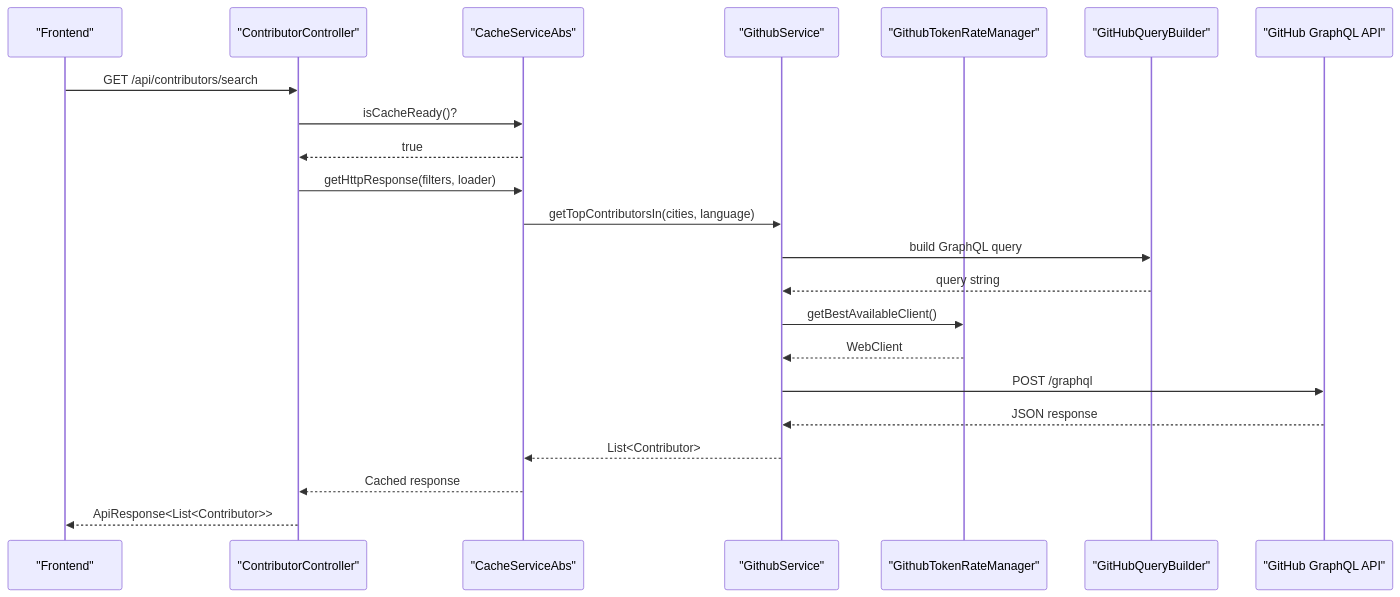
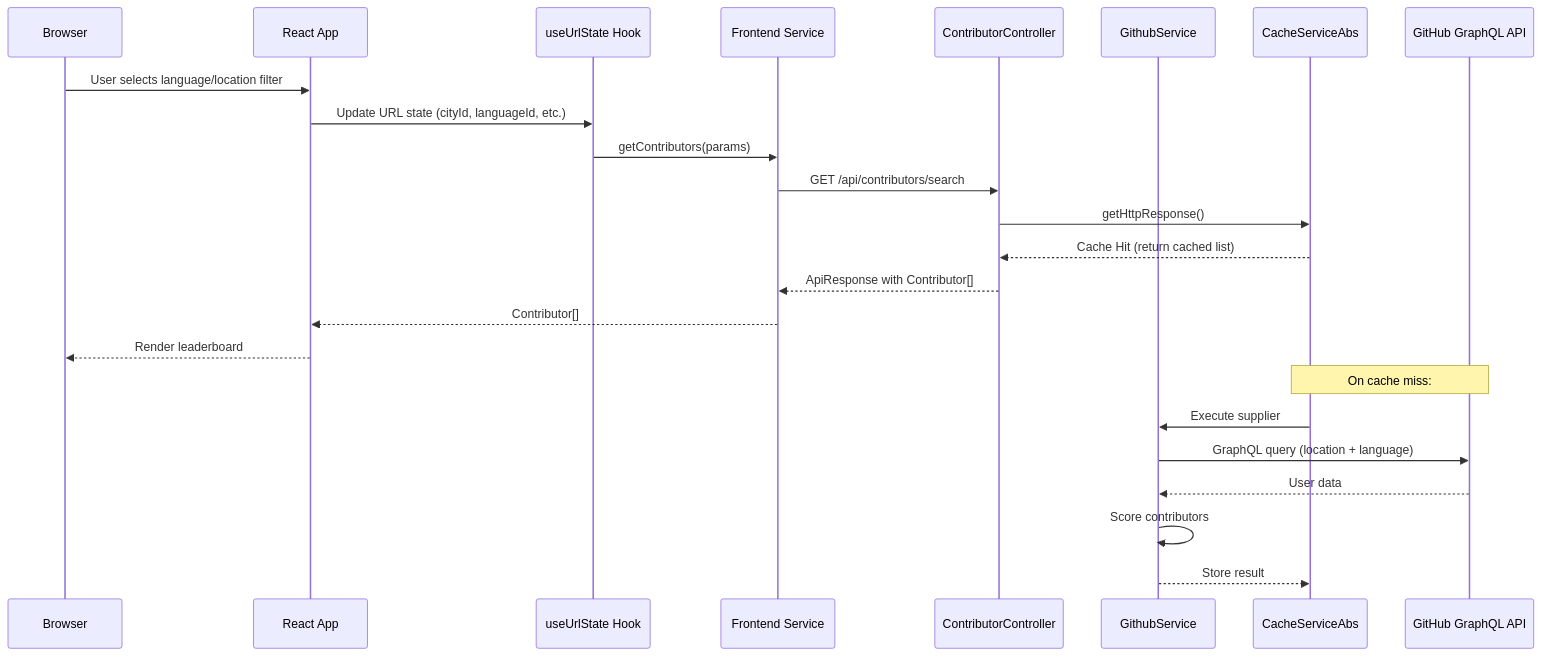
One commit to flamingo-stack/major-league-github changed the fourth of 8 diagrams in docs/development/architecture/README.md. Above: the diagram before and after it, drawn with Mermaid. The commit also changed other lines of this file and 8 other files, not shown here.

````diff
--- a/docs/development/architecture/README.md
+++ b/docs/development/architecture/README.md
@@ -77,25 +106,28 @@
 ```mermaid
 sequenceDiagram
-    participant Client as "Frontend"
-    participant Controller as "ContributorController"
-    participant Cache as "CacheServiceAbs"
-    participant Service as "GithubService"
-    participant Rate as "GithubTokenRateManager"
-    participant Builder as "GitHubQueryBuilder"
-    participant GitHub as "GitHub GraphQL API"
+    participant Browser
+    participant ReactApp as React App
+    participant Hook as useUrlState Hook
+    participant Service as Frontend Service
+    participant Controller as ContributorController
+    participant GithubSvc as GithubService
+    participant Cache as CacheServiceAbs
+    participant GitHubAPI as GitHub GraphQL API
 
-    Client->>Controller: GET /api/contributors/search
-    Controller->>Cache: isCacheReady()?
-    Cache-->>Controller: true
-    Controller->>Cache: getHttpResponse(filters, loader)
-    Cache->>Service: getTopContributorsIn(cities, language)
-    Service->>Builder: build GraphQL query
-    Builder-->>Service: query string
-    Service->>Rate: getBestAvailableClient()
-    Rate-->>Service: WebClient
-    Service->>GitHub: POST /graphql
-    GitHub-->>Service: JSON response
-    Service-->>Cache: List<Contributor>
-    Cache-->>Controller: Cached response
-    Controller-->>Client: ApiResponse<List<Contributor>>
+    Browser->>ReactApp: User selects language/location filter
+    ReactApp->>Hook: Update URL state (cityId, languageId, etc.)
+    Hook->>Service: getContributors(params)
+    Service->>Controller: GET /api/contributors/search
+    Controller->>Cache: getHttpResponse()
+    Cache-->>Controller: Cache Hit (return cached list)
+    Controller-->>Service: ApiResponse with Contributor[]
+    Service-->>ReactApp: Contributor[]
+    ReactApp-->>Browser: Render leaderboard
+
+    Note over Cache,GitHubAPI: On cache miss:
+    Cache->>GithubSvc: Execute supplier
+    GithubSvc->>GitHubAPI: GraphQL query (location + language)
+    GitHubAPI-->>GithubSvc: User data
+    GithubSvc->>GithubSvc: Score contributors
+    GithubSvc-->>Cache: Store result
 ```
````
